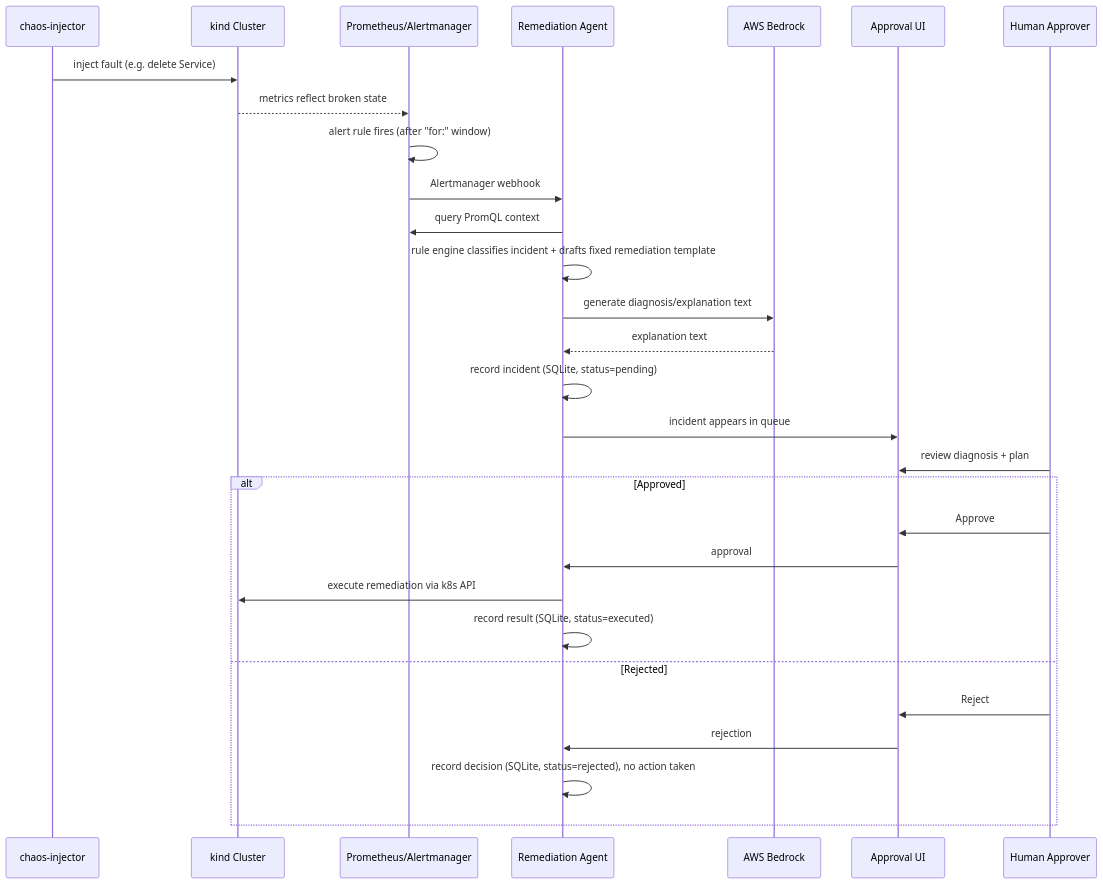
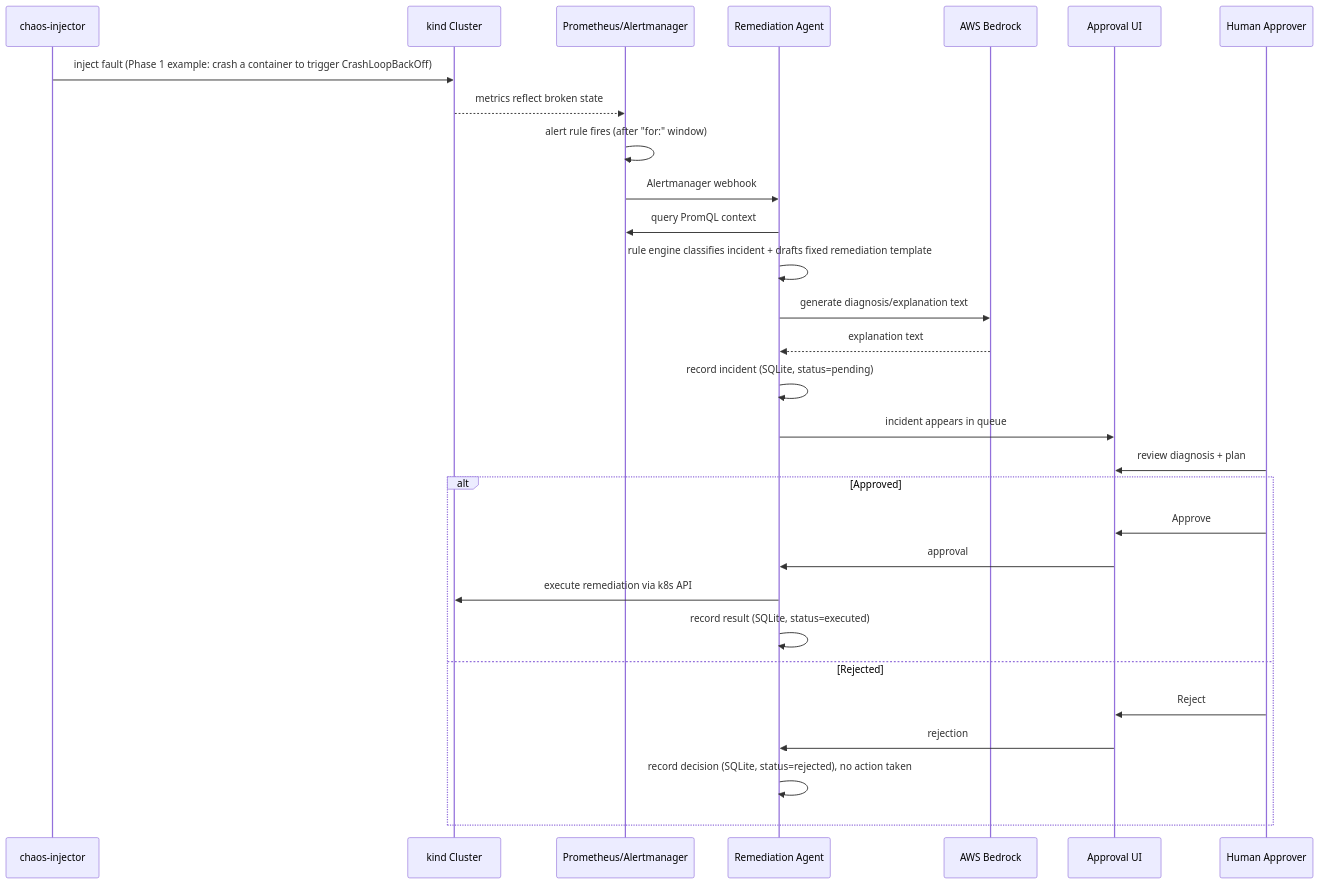
Before and after one commit to pushpesh-pant-ness/capstart: the second of 3 diagrams in diagram.md, drawn with Mermaid. The commit also changed other lines of this file and 2 other files, not shown here.

````diff
--- a/diagram.md
+++ b/diagram.md
@@ -55,32 +55,32 @@
 ```mermaid
 sequenceDiagram
     participant Inj as chaos-injector
     participant K8s as kind Cluster
     participant Prom as Prometheus/Alertmanager
     participant Agent as Remediation Agent
     participant Bedrock as AWS Bedrock
     participant UI as Approval UI
     participant Human as Human Approver
 
-    Inj->>K8s: inject fault (e.g. delete Service)
+    Inj->>K8s: inject fault (Phase 1 example: crash a container to trigger CrashLoopBackOff)
     K8s-->>Prom: metrics reflect broken state
     Prom->>Prom: alert rule fires (after "for:" window)
     Prom->>Agent: Alertmanager webhook
     Agent->>Prom: query PromQL context
     Agent->>Agent: rule engine classifies incident + drafts fixed remediation template
     Agent->>Bedrock: generate diagnosis/explanation text
     Bedrock-->>Agent: explanation text
     Agent->>Agent: record incident (SQLite, status=pending)
     Agent->>UI: incident appears in queue
     Human->>UI: review diagnosis + plan
     alt Approved
         Human->>UI: Approve
         UI->>Agent: approval
         Agent->>K8s: execute remediation via k8s API
         Agent->>Agent: record result (SQLite, status=executed)
     else Rejected
         Human->>UI: Reject
         UI->>Agent: rejection
         Agent->>Agent: record decision (SQLite, status=rejected), no action taken
     end
 ```
````
